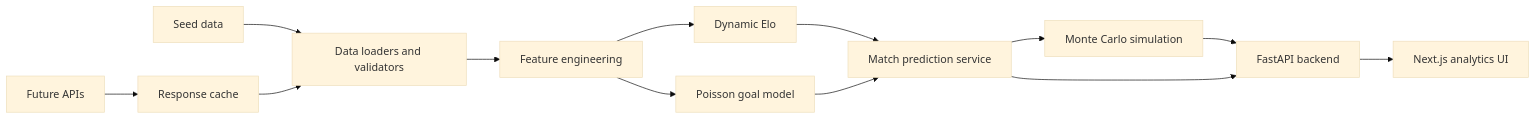
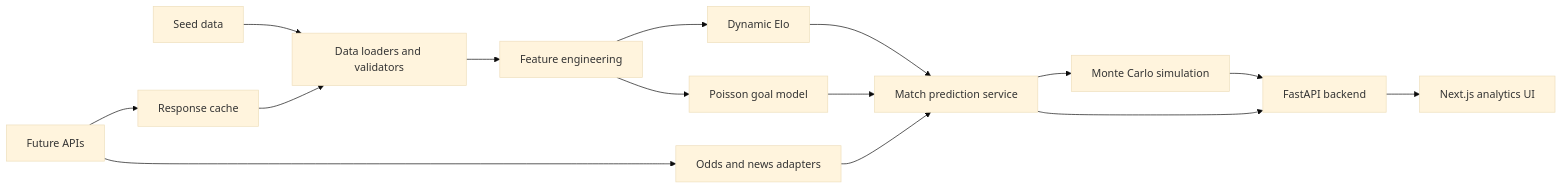
Before and after one commit to Schet-Varma/world-cup-2026-prediction-platform: the diagram in docs/ARCHITECTURE.md, drawn with Mermaid (base theme). The commit also changed other lines of this file and 31 other files, not shown here.

````diff
--- a/docs/ARCHITECTURE.md
+++ b/docs/ARCHITECTURE.md
@@ -33,15 +33,17 @@
 ```mermaid
 flowchart LR
   Seeds["Seed data"] --> Pipeline["Data loaders and validators"]
   External["Future APIs"] --> Cache["Response cache"]
   Cache --> Pipeline
   Pipeline --> Features["Feature engineering"]
   Features --> Elo["Dynamic Elo"]
   Features --> Goals["Poisson goal model"]
   Elo --> Prediction["Match prediction service"]
   Goals --> Prediction
+  External --> Odds["Odds and news adapters"]
+  Odds --> Prediction
   Prediction --> Simulation["Monte Carlo simulation"]
   Simulation --> API["FastAPI backend"]
   Prediction --> API
   API --> Frontend["Next.js analytics UI"]
 ```
````
